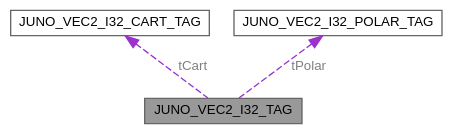
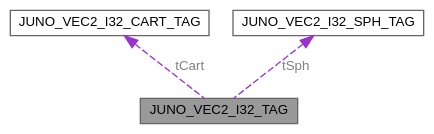
One commit to robinonsay/libjuno changed the diagram in unionJUNO__VEC2__I32__TAG__coll__graph.dot. Above: the diagram before and after it, drawn with Graphviz. The commit also changed 241 other files, not shown here.

```diff
--- a/unionJUNO__VEC2__I32__TAG__coll__graph.dot
+++ b/unionJUNO__VEC2__I32__TAG__coll__graph.dot
@@ -1,12 +1,12 @@
 digraph "JUNO_VEC2_I32_TAG"
 {
  // LATEX_PDF_SIZE
   bgcolor="transparent";
   edge [fontname=Helvetica,fontsize=10,labelfontname=Helvetica,labelfontsize=10];
   node [fontname=Helvetica,fontsize=10,shape=box,height=0.2,width=0.4];
   Node1 [id="Node000001",label="JUNO_VEC2_I32_TAG",height=0.2,width=0.4,color="gray40", fillcolor="grey60", style="filled", fontcolor="black",tooltip="2D vector union supporting Cartesian, polar, and array access (32-bit integer)."];
   Node2 -> Node1 [id="edge1_Node000001_Node000002",dir="back",color="darkorchid3",style="dashed",tooltip=" ",label=" tCart",fontcolor="grey" ];
   Node2 [id="Node000002",label="JUNO_VEC2_I32_CART_TAG",height=0.2,width=0.4,color="gray40", fillcolor="white", style="filled",URL="$structJUNO__VEC2__I32__CART__TAG.html",tooltip="2D vector in Cartesian coordinates (32-bit integer)."];
-  Node3 -> Node1 [id="edge2_Node000001_Node000003",dir="back",color="darkorchid3",style="dashed",tooltip=" ",label=" tPolar",fontcolor="grey" ];
-  Node3 [id="Node000003",label="JUNO_VEC2_I32_POLAR_TAG",height=0.2,width=0.4,color="gray40", fillcolor="white", style="filled",URL="$structJUNO__VEC2__I32__POLAR__TAG.html",tooltip="2D vector in polar coordinates (32-bit integer)."];
+  Node3 -> Node1 [id="edge2_Node000001_Node000003",dir="back",color="darkorchid3",style="dashed",tooltip=" ",label=" tSph",fontcolor="grey" ];
+  Node3 [id="Node000003",label="JUNO_VEC2_I32_SPH_TAG",height=0.2,width=0.4,color="gray40", fillcolor="white", style="filled",URL="$structJUNO__VEC2__I32__SPH__TAG.html",tooltip="2D vector in polar coordinates (32-bit integer)."];
 }
```
